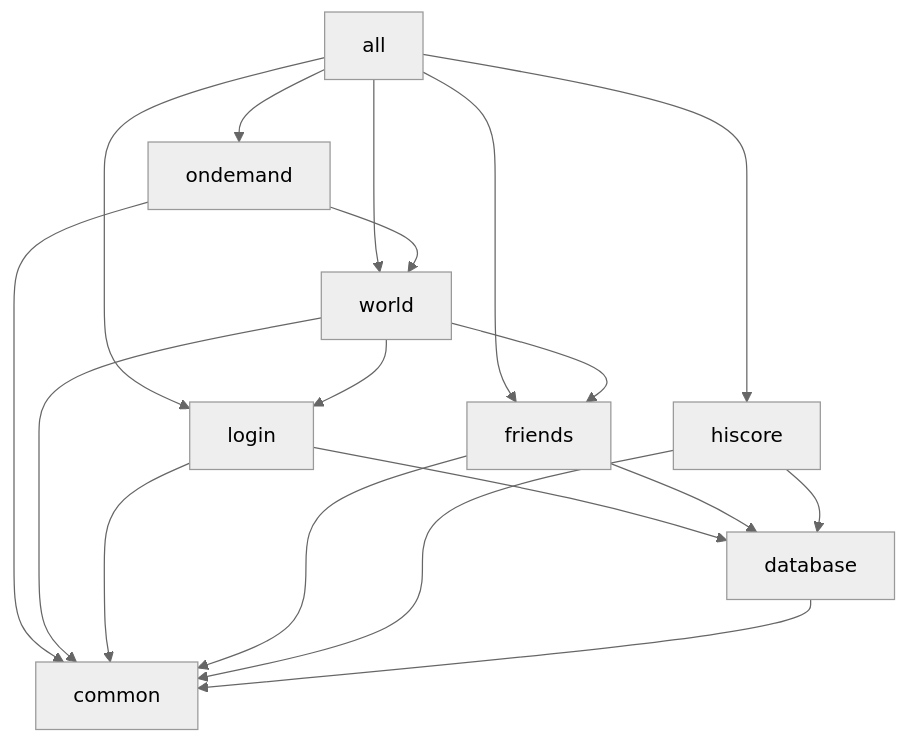
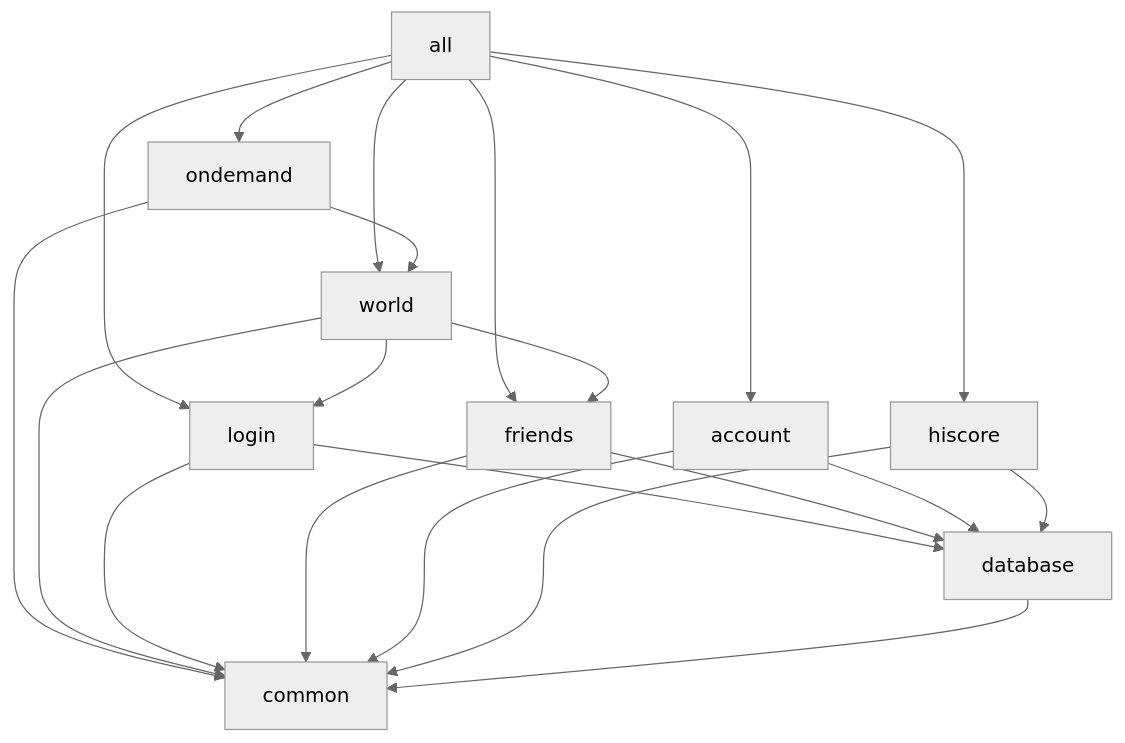
The diagram in docs/admin/index.md (zsrv/goscape), drawn with Mermaid (neutral theme) before and after one commit. The commit also changed other lines of this file, not shown here.

First line of the commit message:
docs(admin): document the account module in the overview

````diff
--- a/docs/admin/index.md
+++ b/docs/admin/index.md
@@ -39,28 +40,32 @@
 ```mermaid
 graph TD
     all[all] --> ondemand
     all --> friends
     all --> login
     all --> world
+    all --> account
     all --> hiscore
 
     ondemand[ondemand] --> world
     ondemand --> common
 
     world[world] --> login
     world --> friends
     world --> common
 
     login[login] --> database
     login --> common
 
     friends[friends] --> database
     friends --> common
 
+    account[account] --> database
+    account --> common
+
     hiscore[hiscore] --> database
     hiscore --> common
 
     database[database] --> common
 
     common[common]
 ```
````
